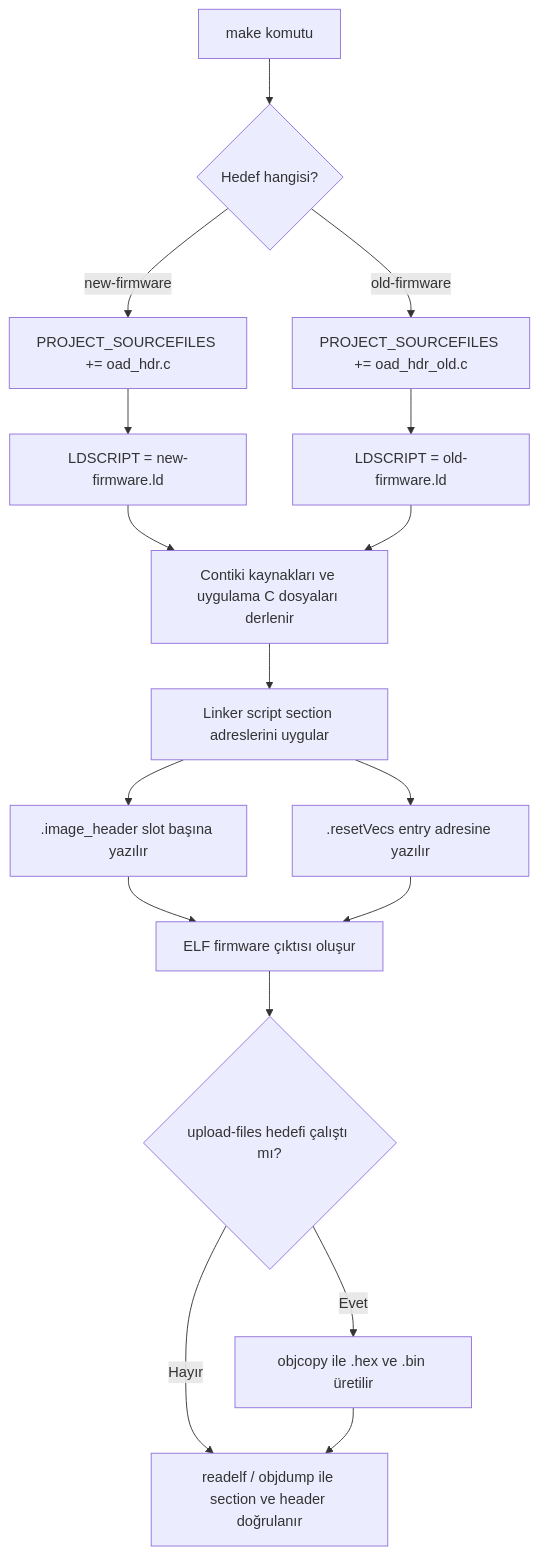
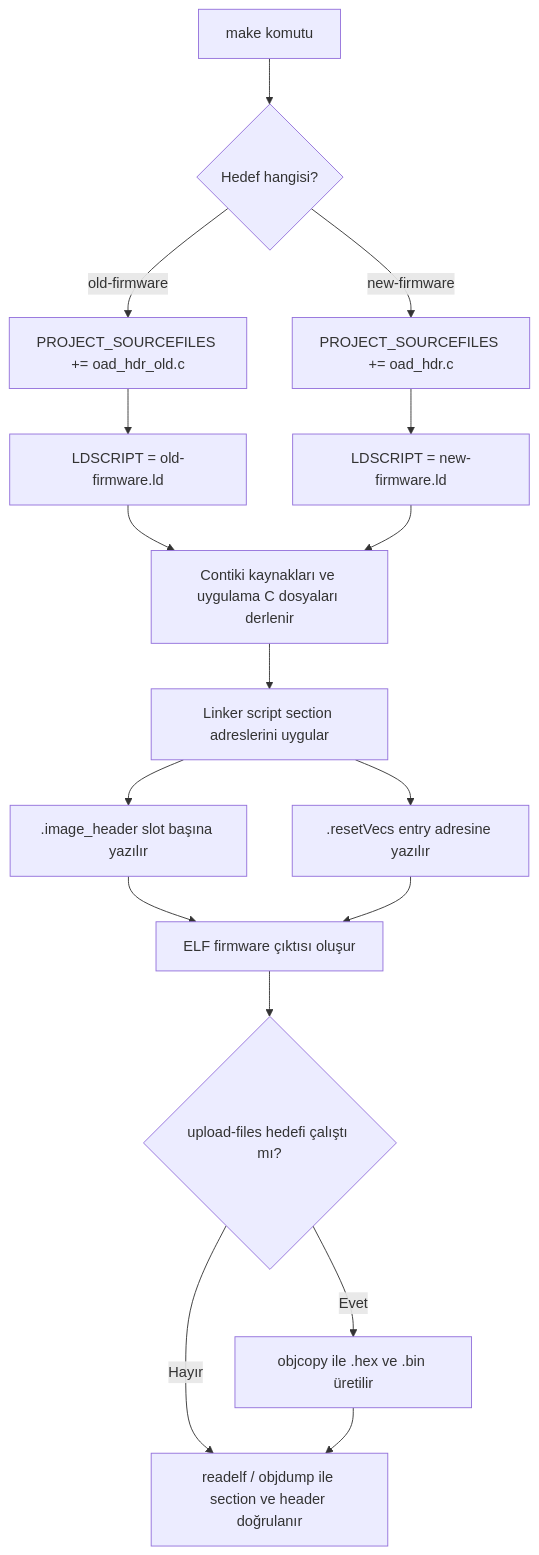
One commit to YasinEnginn/rehydrator changed the third of 3 diagrams in README.md. Above: the diagram before and after it, drawn with Mermaid. The commit also changed other lines of this file and 1 other file, not shown here.

Commit message:
Fix firmware upload build paths

````diff
--- a/README.md
+++ b/README.md
@@ -205,19 +209,19 @@
 ```mermaid
 flowchart TD
     A[make komutu] --> B{Hedef hangisi?}
-    B -- new-firmware --> C[PROJECT_SOURCEFILES += oad_hdr.c]
-    B -- old-firmware --> D[PROJECT_SOURCEFILES += oad_hdr_old.c]
-    C --> E[LDSCRIPT = new-firmware.ld]
-    D --> F[LDSCRIPT = old-firmware.ld]
+    B -- old-firmware --> C[PROJECT_SOURCEFILES += oad_hdr_old.c]
+    B -- new-firmware --> D[PROJECT_SOURCEFILES += oad_hdr.c]
+    C --> E[LDSCRIPT = old-firmware.ld]
+    D --> F[LDSCRIPT = new-firmware.ld]
     E --> G[Contiki kaynakları ve uygulama C dosyaları derlenir]
     F --> G
     G --> H[Linker script section adreslerini uygular]
     H --> I[.image_header slot başına yazılır]
     H --> J[.resetVecs entry adresine yazılır]
     I --> K[ELF firmware çıktısı oluşur]
     J --> K
     K --> L{upload-files hedefi çalıştı mı?}
     L -- Hayır --> M[readelf / objdump ile section ve header doğrulanır]
     L -- Evet --> N[objcopy ile .hex ve .bin üretilir]
     N --> M
 ```
````
